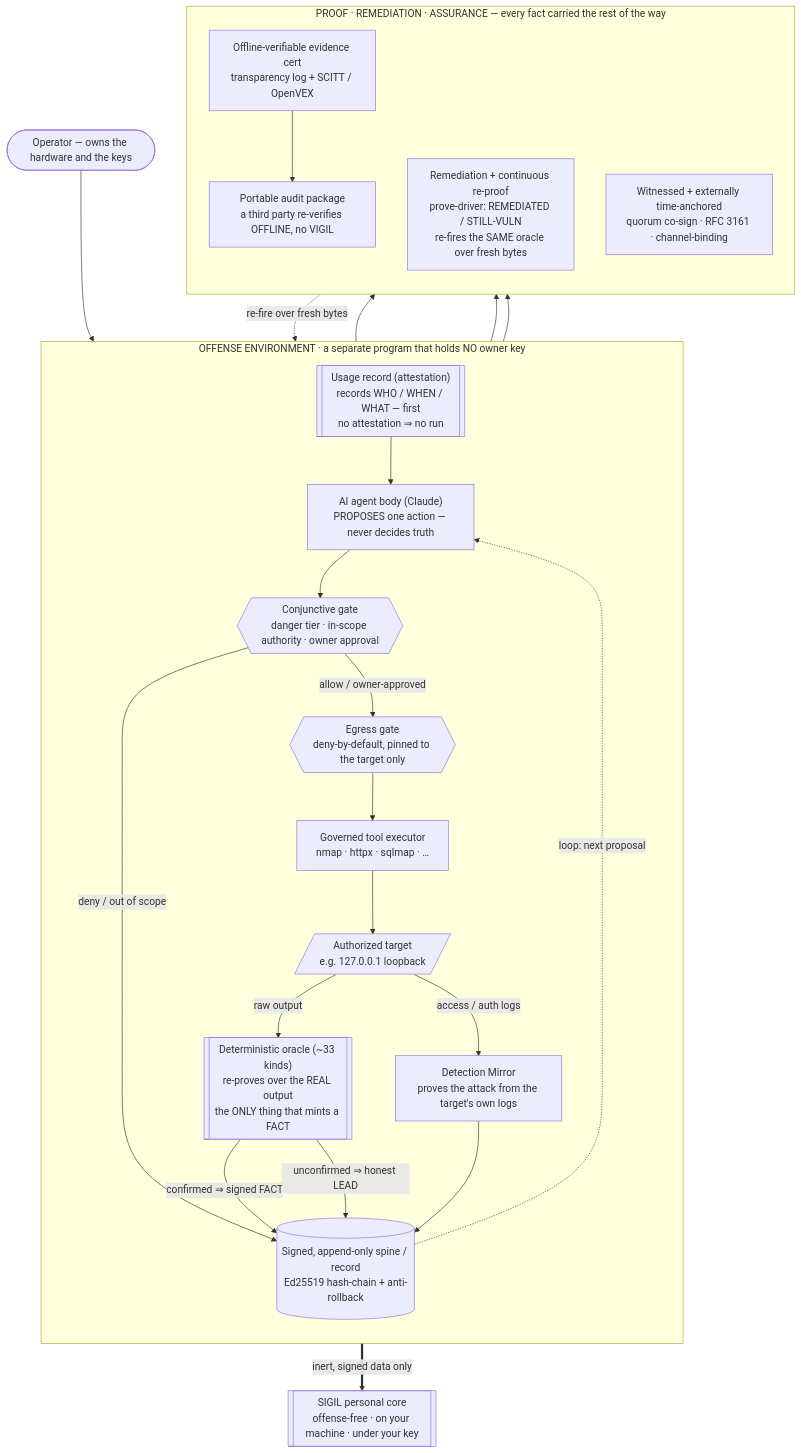
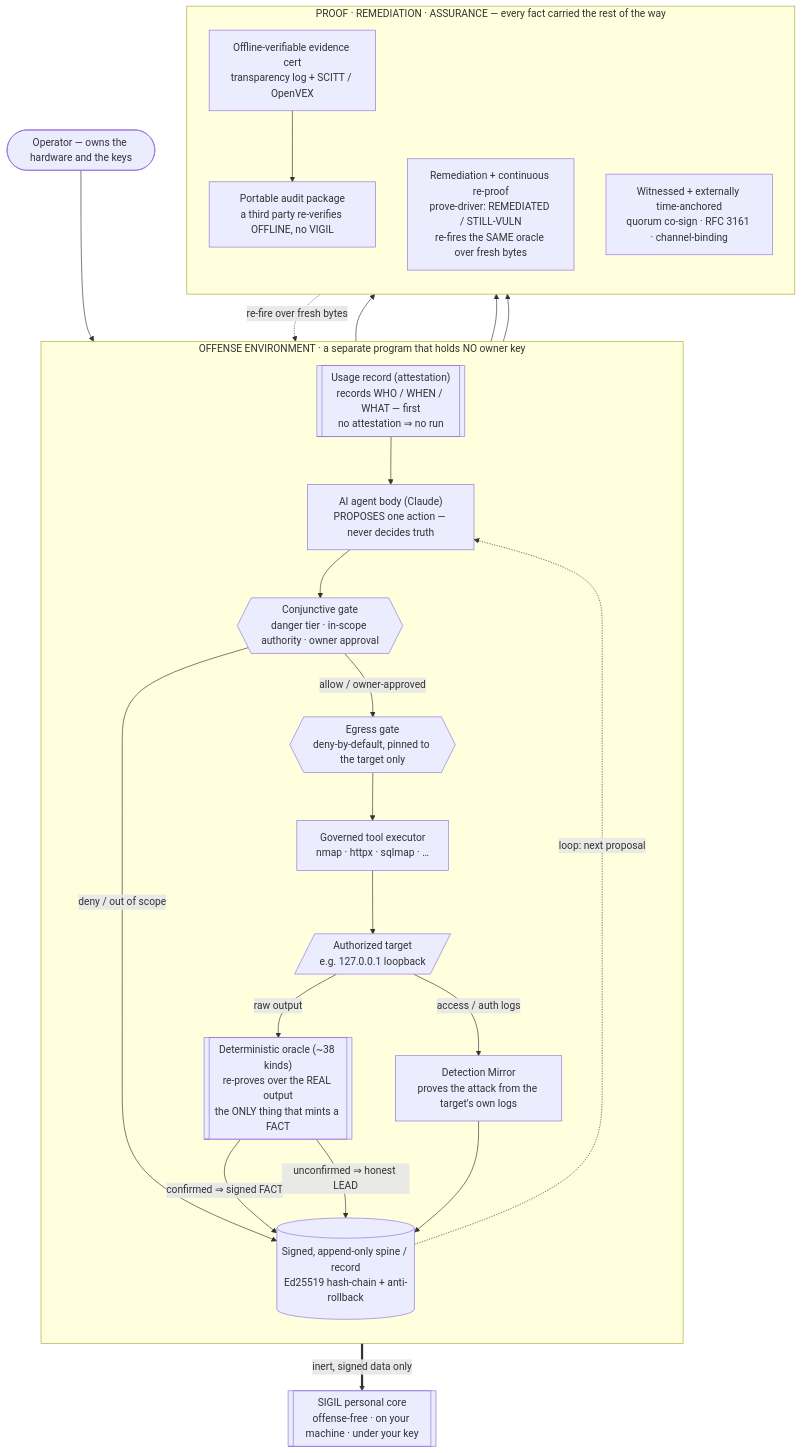
Before and after one commit to thuram-nana/vigil-sovereign: the diagram in README.md, drawn with Mermaid. The commit also changed other lines of this file and 9 other files, not shown here.

````diff
--- a/README.md
+++ b/README.md
@@ -178,41 +189,41 @@
 ```mermaid
 flowchart TB
     OP(["Operator — owns the hardware and the keys"])
 
     subgraph OFFENSE["OFFENSE ENVIRONMENT · a separate program that holds NO owner key"]
       direction TB
       ATTEST[["Usage record (attestation)<br/>records WHO / WHEN / WHAT — first<br/>no attestation ⇒ no run"]]
       THINK["AI agent body (Claude)<br/>PROPOSES one action — never decides truth"]
       GATE{{"Conjunctive gate<br/>danger tier · in-scope authority · owner approval"}}
       EGRESS{{"Egress gate<br/>deny-by-default, pinned to the target only"}}
       EXEC["Governed tool executor<br/>nmap · httpx · sqlmap · …"]
       TARGET[/"Authorized target<br/>e.g. 127.0.0.1 loopback"/]
-      ORACLE[["Deterministic oracle (~33 kinds)<br/>re-proves over the REAL output<br/>the ONLY thing that mints a FACT"]]
+      ORACLE[["Deterministic oracle (~38 kinds)<br/>re-proves over the REAL output<br/>the ONLY thing that mints a FACT"]]
       DET["Detection Mirror<br/>proves the attack from the target's own logs"]
       SPINE[("Signed, append-only spine / record<br/>Ed25519 hash-chain + anti-rollback")]
     end
 
     subgraph PROOF["PROOF · REMEDIATION · ASSURANCE — every fact carried the rest of the way"]
       direction TB
       EVID["Offline-verifiable evidence cert<br/>transparency log + SCITT / OpenVEX"]
       REMED["Remediation + continuous re-proof<br/>prove-driver: REMEDIATED / STILL-VULN<br/>re-fires the SAME oracle over fresh bytes"]
       ASSURE["Witnessed + externally time-anchored<br/>quorum co-sign · RFC 3161 · channel-binding"]
       AUDIT["Portable audit package<br/>a third party re-verifies OFFLINE, no VIGIL"]
     end
 
     SIGIL[["SIGIL personal core<br/>offense-free · on your machine · under your key"]]
 
     OP --> ATTEST --> THINK --> GATE
     GATE -- "allow / owner-approved" --> EGRESS --> EXEC --> TARGET
     GATE -- "deny / out of scope" --> SPINE
     TARGET -- "raw output" --> ORACLE
     ORACLE -- "confirmed ⇒ signed FACT" --> SPINE
     ORACLE -- "unconfirmed ⇒ honest LEAD" --> SPINE
     TARGET -- "access / auth logs" --> DET --> SPINE
     SPINE -. "loop: next proposal" .-> THINK
     SPINE --> EVID --> AUDIT
     SPINE --> REMED
     REMED -. "re-fire over fresh bytes" .-> ORACLE
     SPINE --> ASSURE
     SPINE == "inert, signed data only" ==> SIGIL
 ```
````
